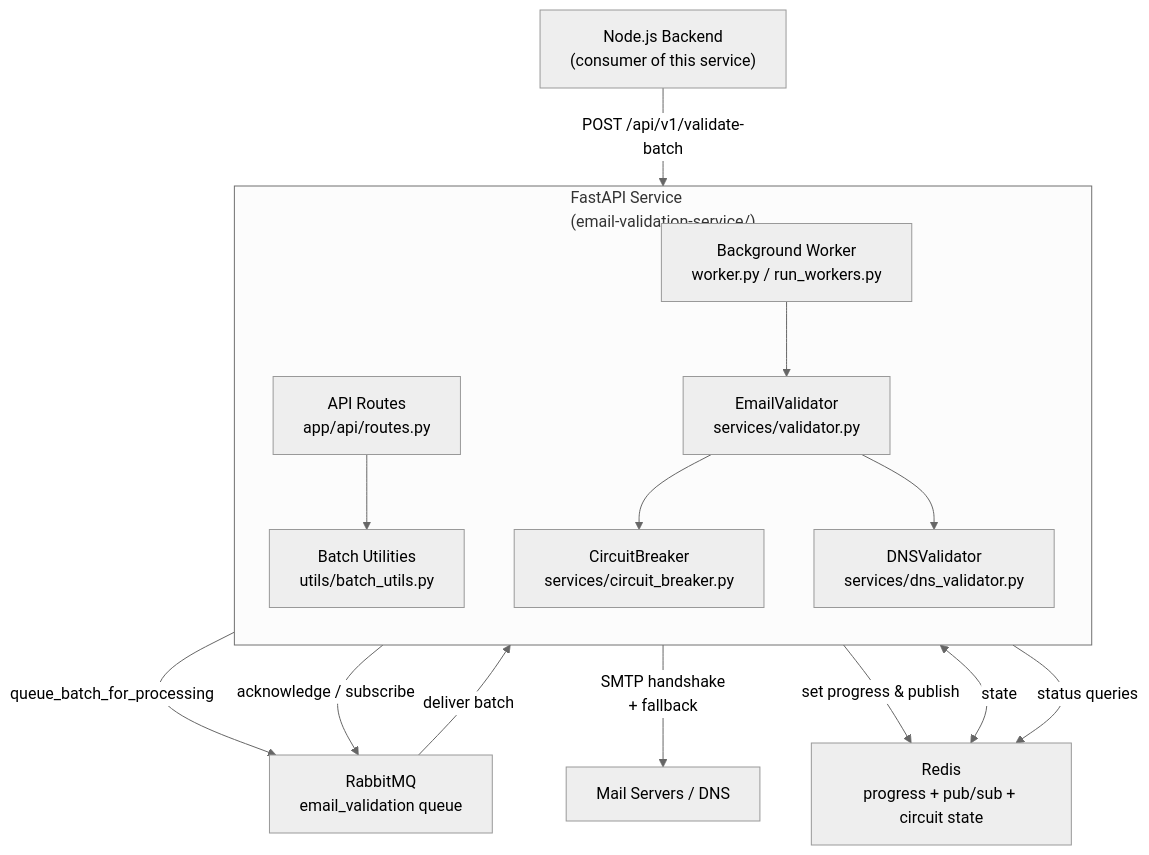
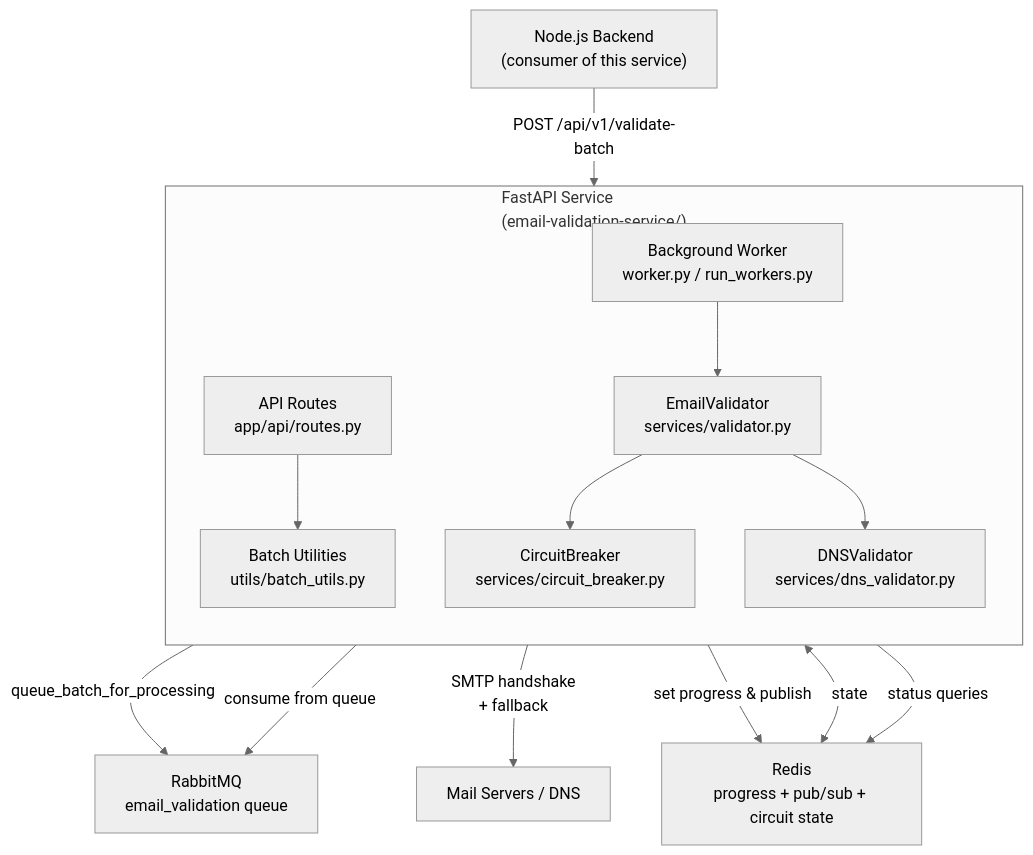
Before and after one commit to hassaanali723/tp-email-verification-tool: the first of 2 diagrams in docs/email-validation-service/overall-architecture.md, drawn with Mermaid (neutral theme).

Commit message:
Depict worker pulling from RabbitMQ queue

````diff
--- a/docs/email-validation-service/overall-architecture.md
+++ b/docs/email-validation-service/overall-architecture.md
@@ -7,30 +7,29 @@
 ```mermaid
 flowchart TB
     subgraph FastAPI["FastAPI Service<br/>(email-validation-service/)"]
         direction TB
         Routes["API Routes<br/>app/api/routes.py"]
         BatchUtils["Batch Utilities<br/>utils/batch_utils.py"]
         Worker["Background Worker<br/>worker.py / run_workers.py"]
         Validator["EmailValidator<br/>services/validator.py"]
         Circuit["CircuitBreaker<br/>services/circuit_breaker.py"]
         DNSVal["DNSValidator<br/>services/dns_validator.py"]
     end
 
     Backend["Node.js Backend<br/>(consumer of this service)"]
     MQ["RabbitMQ<br/>email_validation queue"]
     Redis["Redis<br/>progress + pub/sub + circuit state"]
     SMTP["Mail Servers / DNS"]
 
     Backend -->|POST /api/v1/validate-batch| Routes
     Routes --> BatchUtils
     BatchUtils -->|queue_batch_for_processing| MQ
-    MQ -->|deliver batch| Worker
-    Worker -->|acknowledge / subscribe| MQ
+    Worker -->|consume from queue| MQ
     Worker --> Validator
     Validator -->|SMTP handshake<br/>+ fallback| SMTP
     Validator --> Circuit
     Validator --> DNSVal
     Worker -->|set progress & publish| Redis
     Circuit <-->|state| Redis
     Routes -->|status queries| Redis
 ```
````
